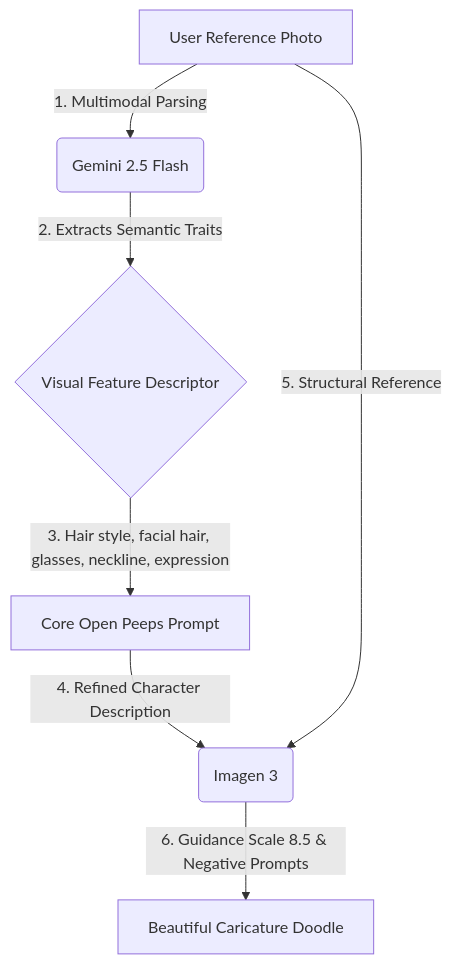
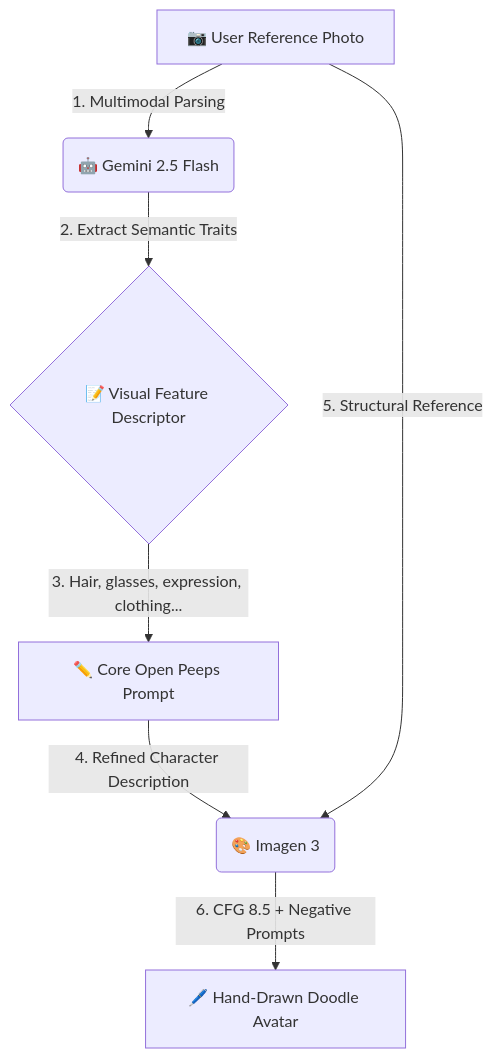
One commit to dhyanivj/Peepify changed the diagram in README.md. Above: the diagram before and after it, drawn with Mermaid. The commit also changed other lines of this file and 5 other files, not shown here.

````diff
--- a/README.md
+++ b/README.md
@@ -20,9 +59,9 @@
 ```mermaid
 graph TD
-    A[User Reference Photo] -->|1. Multimodal Parsing| B(Gemini 2.5 Flash)
-    B -->|2. Extracts Semantic Traits| C{Visual Feature Descriptor}
-    C -->|3. Hair style, facial hair, glasses, neckline, expression| D[Core Open Peeps Prompt]
-    D -->|4. Refined Character Description| E(Imagen 3)
-    A -->|5. Structural Reference| E
-    E -->|6. Guidance Scale 8.5 & Negative Prompts| F[Beautiful Caricature Doodle]
+    A["📷 User Reference Photo"] -->|"1. Multimodal Parsing"| B("🤖 Gemini 2.5 Flash")
+    B -->|"2. Extract Semantic Traits"| C{"📝 Visual Feature Descriptor"}
+    C -->|"3. Hair, glasses, expression, clothing..."| D["✏️ Core Open Peeps Prompt"]
+    D -->|"4. Refined Character Description"| E("🎨 Imagen 3")
+    A -->|"5. Structural Reference"| E
+    E -->|"6. CFG 8.5 + Negative Prompts"| F["🖊️ Hand-Drawn Doodle Avatar"]
 ```
````
